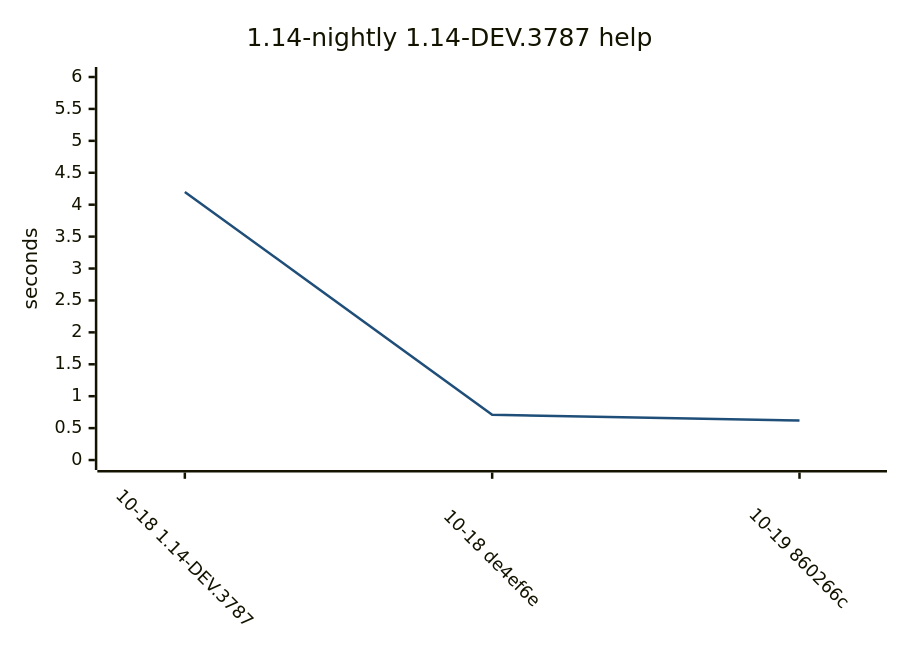
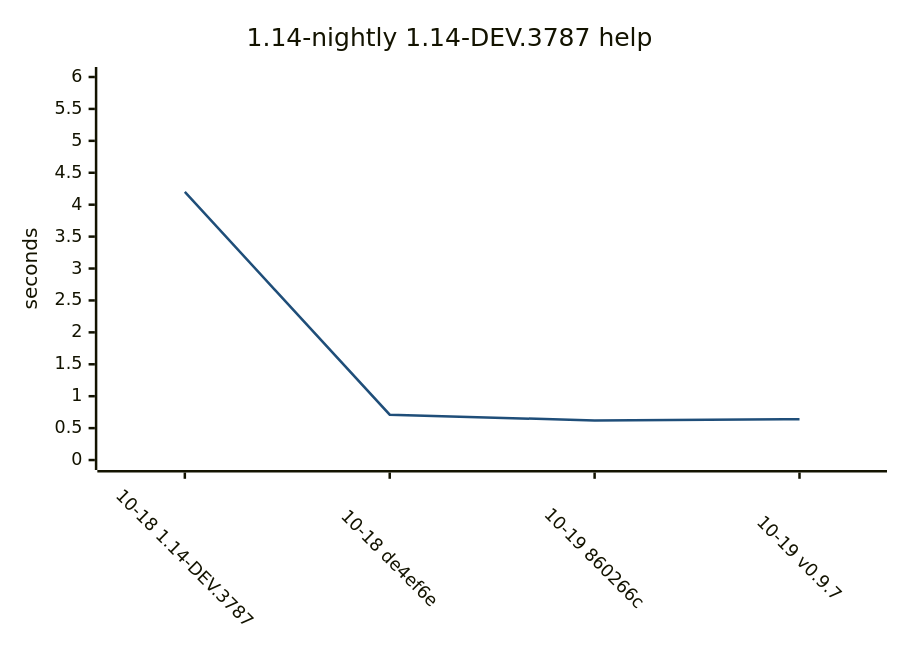
One commit to yamanori99/DistSSHQueue.jl changed the sixth of 15 diagrams in README.md. Above: the diagram before and after it, drawn with Mermaid. The commit also changed other lines of this file and 1 other file, not shown here.

````diff
--- a/README.md
+++ b/README.md
@@ -205,17 +204,17 @@
 ```mermaid
 ---
 config:
   theme: base
   themeVariables:
     xyChart:
       plotColorPalette: "#1f4e79"
   xyChart:
     xAxis:
       labelRotation: 45
 ---
 xychart-beta
     title "1.14-nightly 1.14-DEV.3787 help"
-    x-axis ["10-18 1.14-DEV.3787", "10-18 de4ef6e", "10-19 860266c"]
+    x-axis ["10-18 1.14-DEV.3787", "10-18 de4ef6e", "10-19 860266c", "10-19 v0.9.7"]
     y-axis "seconds" 0 --> 6
-    line [4.2, 0.71, 0.62]
+    line [4.2, 0.71, 0.62, 0.64]
 ```
````
